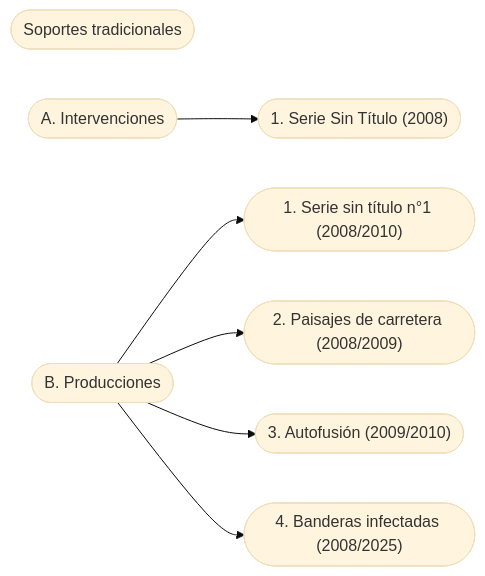
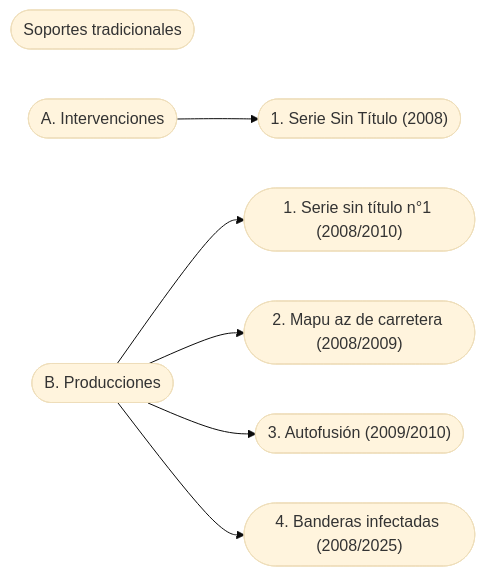
Before and after one commit to EGGS-Artesvisuales/EGGS-Artesvisuales.github.io: the second of 6 diagrams in MPD/peste-pinturas-infectadas.md, drawn with Mermaid (base theme). The commit also changed other lines of this file and 43 other files, not shown here.

```diff
--- a/MPD/peste-pinturas-infectadas.md
+++ b/MPD/peste-pinturas-infectadas.md
@@ -121,23 +121,23 @@
 <div class="mermaid">
 flowchart LR
   ST([Soportes tradicionales])
   INT([A. Intervenciones])
   PROD([B. Producciones])
 
   INT --> INT1(["1. Serie Sin Título (2008)"])
 
   PROD --> P1(["1. Serie sin título n°1 (2008/2010)"])
-  PROD --> P2(["2. Paisajes de carretera (2008/2009)"])
+  PROD --> P2(["2. Mapu az de carretera (2008/2009)"])
   PROD --> P3(["3. Autofusión (2009/2010)"])
   PROD --> P4(["4. Banderas infectadas (2008/2025)"])
 
   click ST "#soportes-tradicionales" "Ir a Soportes tradicionales"
   click INT "#intervenciones" "Ir a Intervenciones"
   click PROD "#producciones" "Ir a Producciones"
 
   click INT1 "#intervencion-serie-st-2008" "Ir a Serie Sin Título (Intervenciones) 2008"
   click P1 "#produccion-serie-st-1-2008-2010" "Ir a Serie sin título n°1 (Producciones)"
-  click P2 "#produccion-paisajes-carretera-2008-2009" "Ir a Paisajes de carretera"
+  click P2 "#produccion-paisajes-carretera-2008-2009" "Ir a Mapu az de carretera"
   click P3 "#produccion-autofusion-2009-2010" "Ir a Autofusión"
   click P4 "#produccion-banderas-infectadas-2008-2025" "Ir a Banderas infectadas"
 </div>
```
